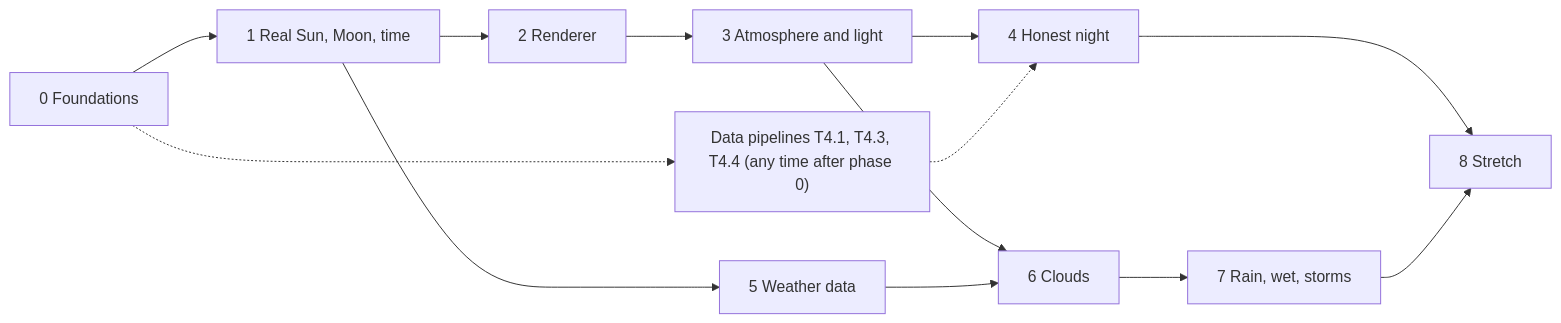
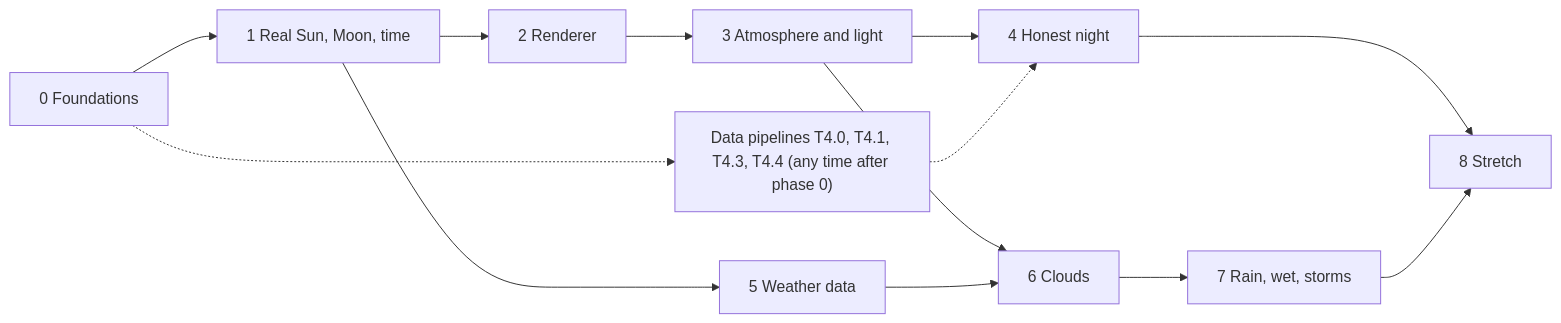
The third of 3 diagrams in docs/plans/01-sky-weather.md (kevintraver/interactive-skyline), drawn with Mermaid before and after one commit. The commit also changed other lines of this file and 2 other files, not shown here.

````diff
--- a/docs/plans/01-sky-weather.md
+++ b/docs/plans/01-sky-weather.md
@@ -1174,15 +1243,15 @@
 ```mermaid
 flowchart LR
   P0["0 Foundations"] --> P1["1 Real Sun, Moon, time"]
   P1 --> P2["2 Renderer"]
   P2 --> P3["3 Atmosphere and light"]
   P3 --> P4["4 Honest night"]
   P3 --> P6["6 Clouds"]
   P1 --> P5["5 Weather data"]
   P5 --> P6
   P6 --> P7["7 Rain, wet, storms"]
   P4 --> P8["8 Stretch"]
   P7 --> P8
-  P0 -.-> D["Data pipelines T4.1, T4.3, T4.4 (any time after phase 0)"]
+  P0 -.-> D["Data pipelines T4.0, T4.1, T4.3, T4.4 (any time after phase 0)"]
   D -.-> P4
 ```
````
